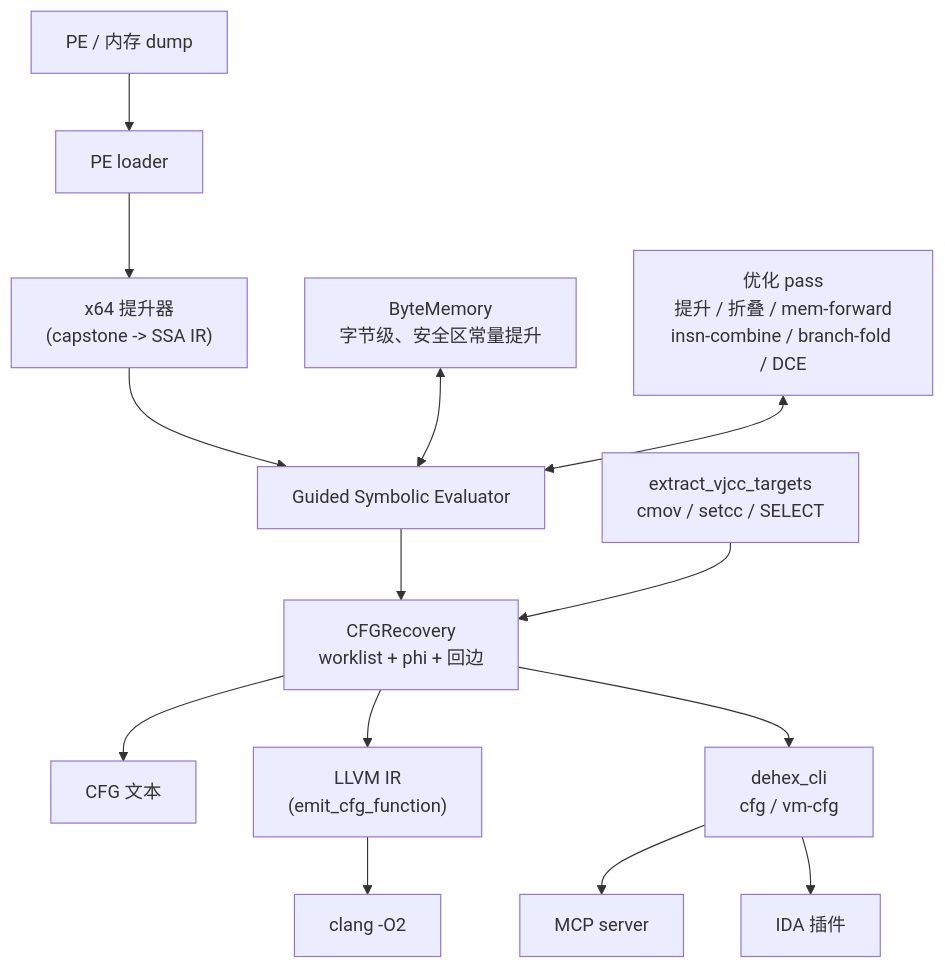
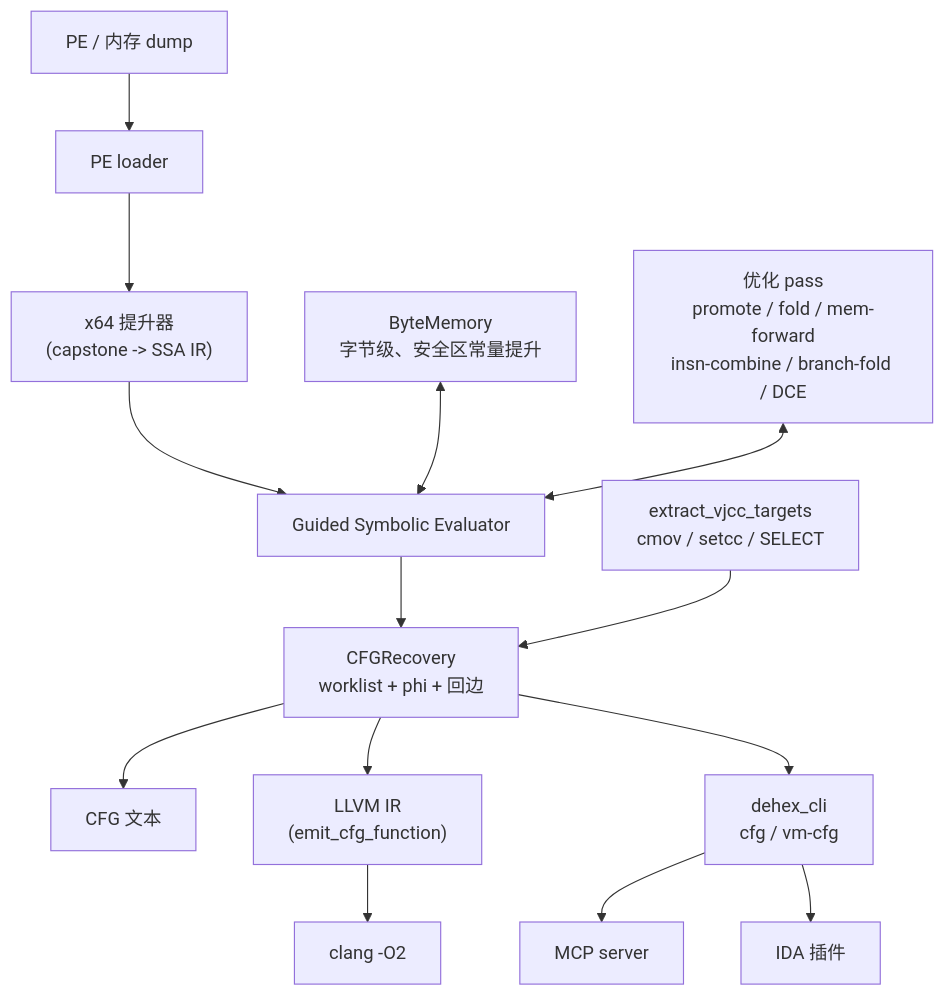
Before and after one commit to CZheXie/DeHendrix: the first of 2 diagrams in README.zh-CN.md, drawn with Mermaid. The commit also changed other lines of this file and 1 other file, not shown here.

````diff
--- a/README.zh-CN.md
+++ b/README.zh-CN.md
@@ -25,16 +23,16 @@
 ```mermaid
 flowchart TB
   PE["PE / 内存 dump"] --> LD["PE loader"]
   LD --> LIFT["x64 提升器<br/>(capstone -> SSA IR)"]
   LIFT --> EVAL["Guided Symbolic Evaluator"]
   MEM["ByteMemory<br/>字节级、安全区常量提升"] <--> EVAL
-  PASS["优化 pass<br/>提升 / 折叠 / mem-forward<br/>insn-combine / branch-fold / DCE"] <--> EVAL
+  PASS["优化 pass<br/>promote / fold / mem-forward<br/>insn-combine / branch-fold / DCE"] <--> EVAL
   EVAL --> CFGR["CFGRecovery<br/>worklist + phi + 回边"]
   VJCC["extract_vjcc_targets<br/>cmov / setcc / SELECT"] --> CFGR
   CFGR --> DUMP["CFG 文本"]
   CFGR --> LL["LLVM IR<br/>(emit_cfg_function)"]
   LL --> CLANG["clang -O2"]
   CFGR --> CLI["dehex_cli<br/>cfg / vm-cfg"]
   CLI --> MCP["MCP server"]
   CLI --> IDA["IDA 插件"]
 ```
````
